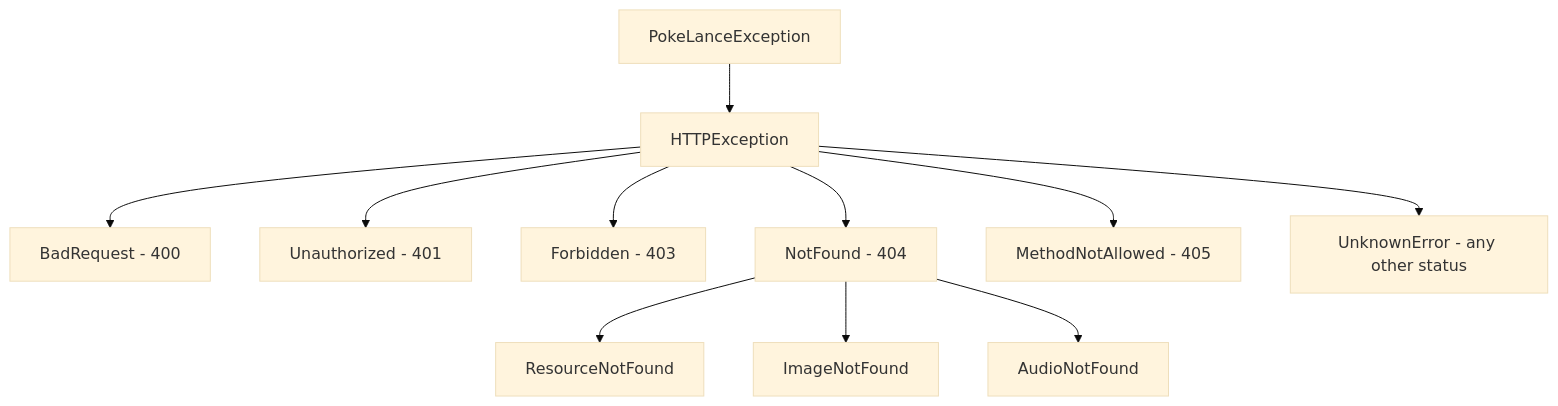
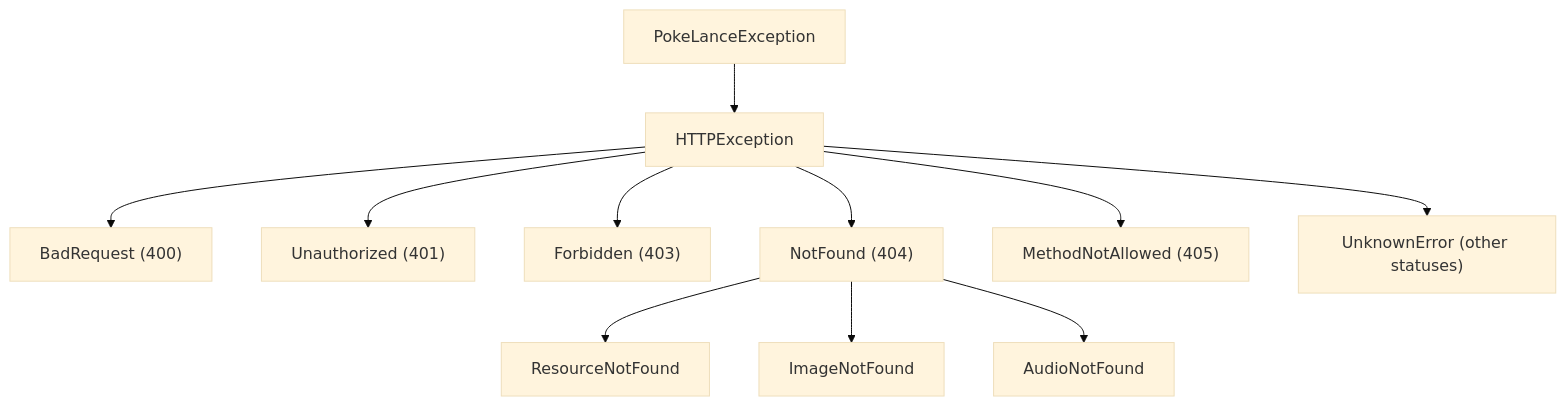
The diagram in docs/guide/error_handling.md (FallenDeity/PokeLance), drawn with Mermaid (base theme) before and after one commit. The commit also changed other lines of this file and 55 other files, not shown here.

````diff
--- a/docs/guide/error_handling.md
+++ b/docs/guide/error_handling.md
@@ -9,13 +7,13 @@
 ``` mermaid
 flowchart TD
     A[PokeLanceException] --> B[HTTPException]
-    B --> C[BadRequest - 400]
-    B --> D[Unauthorized - 401]
-    B --> E[Forbidden - 403]
-    B --> F[NotFound - 404]
+    B --> C["BadRequest (400)"]
+    B --> D["Unauthorized (401)"]
+    B --> E["Forbidden (403)"]
+    B --> F["NotFound (404)"]
     F --> G[ResourceNotFound]
-    B --> H[MethodNotAllowed - 405]
-    B --> I[UnknownError - any other status]
+    B --> H["MethodNotAllowed (405)"]
+    B --> I["UnknownError (other statuses)"]
     F --> J[ImageNotFound]
     F --> K[AudioNotFound]
 ```
````
